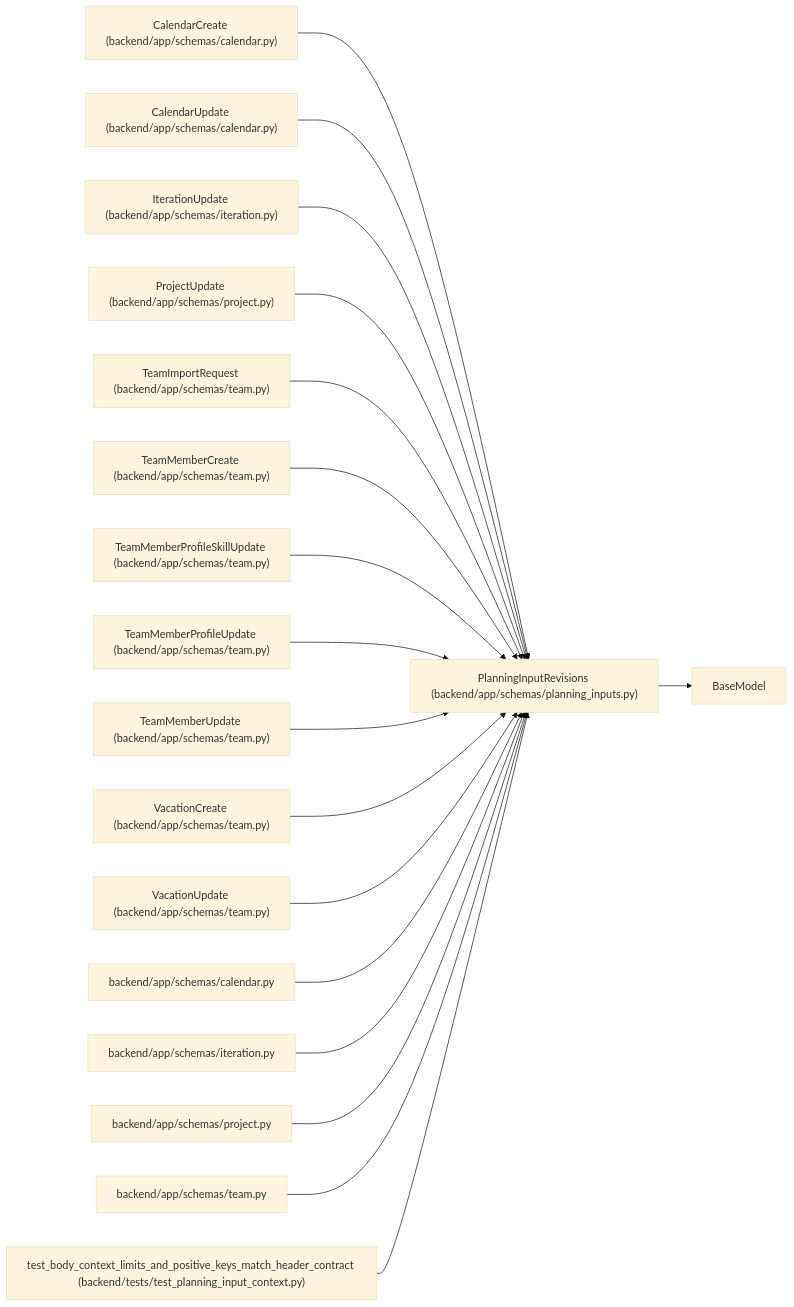
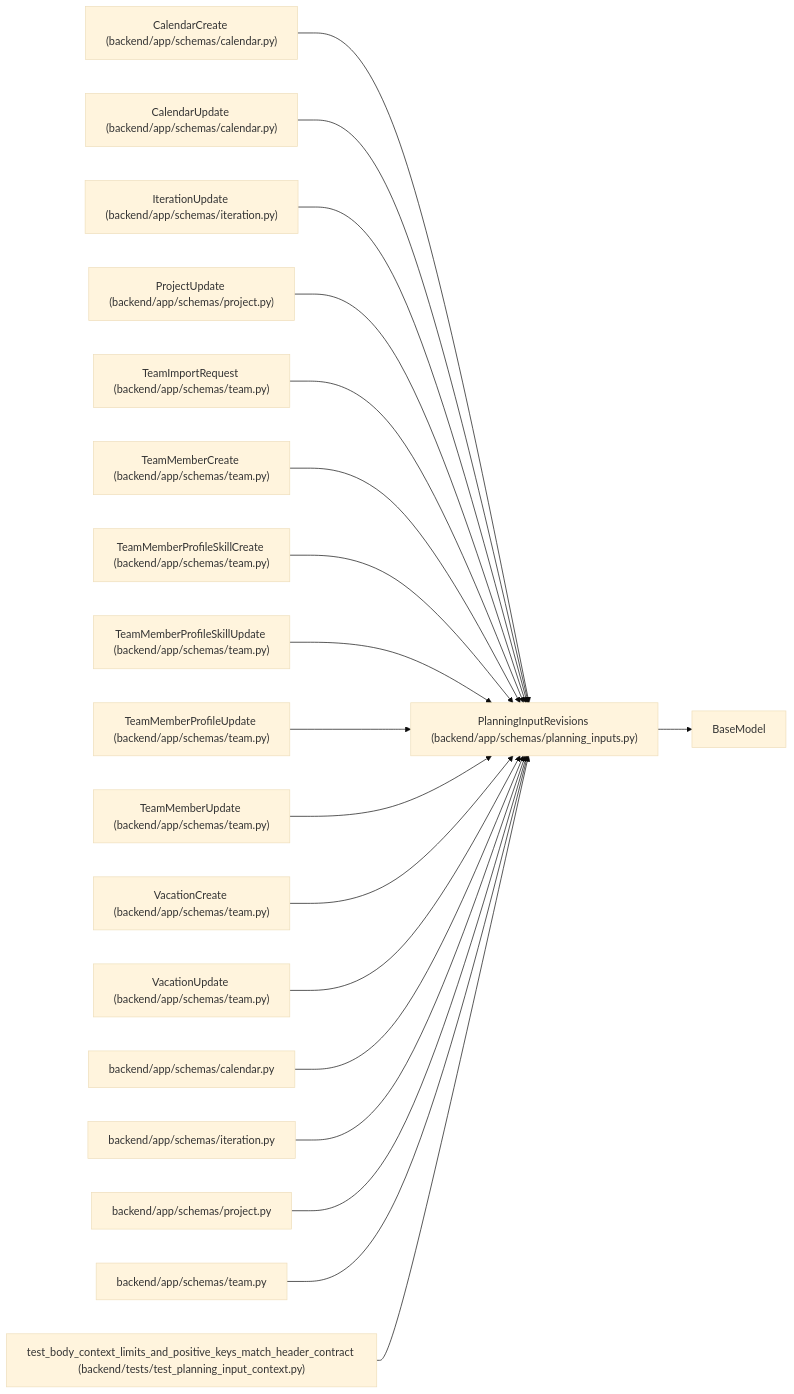
Before and after one commit to Denissvgn/WorkChord: the diagram in docs/llm_wiki/entities/PlanningInputRevisions.md, drawn with Mermaid (base theme). The commit also changed other lines of this file and 512 other files, not shown here.

````diff
--- a/docs/llm_wiki/entities/PlanningInputRevisions.md
+++ b/docs/llm_wiki/entities/PlanningInputRevisions.md
@@ -25,55 +25,58 @@
 ```mermaid
 flowchart LR
     n0["PlanningInputRevisions (backend/app/schemas/planning_inputs.py)"]
     n1["BaseModel"]
     n2["CalendarCreate (backend/app/schemas/calendar.py)"]
     n3["CalendarUpdate (backend/app/schemas/calendar.py)"]
     n4["IterationUpdate (backend/app/schemas/iteration.py)"]
     n5["ProjectUpdate (backend/app/schemas/project.py)"]
     n6["TeamImportRequest (backend/app/schemas/team.py)"]
     n7["TeamMemberCreate (backend/app/schemas/team.py)"]
-    n8["TeamMemberProfileSkillUpdate (backend/app/schemas/team.py)"]
-    n9["TeamMemberProfileUpdate (backend/app/schemas/team.py)"]
-    n10["TeamMemberUpdate (backend/app/schemas/team.py)"]
-    n11["VacationCreate (backend/app/schemas/team.py)"]
-    n12["VacationUpdate (backend/app/schemas/team.py)"]
-    n13["backend/app/schemas/calendar.py"]
-    n14["backend/app/schemas/iteration.py"]
-    n15["backend/app/schemas/project.py"]
-    n16["backend/app/schemas/team.py"]
-    n17["test_body_context_limits_and_positive_keys_match_header_contract (backend/tests/test_planning_input_context.py)"]
+    n8["TeamMemberProfileSkillCreate (backend/app/schemas/team.py)"]
+    n9["TeamMemberProfileSkillUpdate (backend/app/schemas/team.py)"]
+    n10["TeamMemberProfileUpdate (backend/app/schemas/team.py)"]
+    n11["TeamMemberUpdate (backend/app/schemas/team.py)"]
+    n12["VacationCreate (backend/app/schemas/team.py)"]
+    n13["VacationUpdate (backend/app/schemas/team.py)"]
+    n14["backend/app/schemas/calendar.py"]
+    n15["backend/app/schemas/iteration.py"]
+    n16["backend/app/schemas/project.py"]
+    n17["backend/app/schemas/team.py"]
+    n18["test_body_context_limits_and_positive_keys_match_header_contract (backend/tests/test_planning_input_context.py)"]
     n0 --> n1
     n2 --> n0
     n3 --> n0
     n4 --> n0
     n5 --> n0
     n6 --> n0
     n7 --> n0
     n8 --> n0
     n9 --> n0
     n10 --> n0
     n11 --> n0
     n12 --> n0
     n13 --> n0
     n14 --> n0
     n15 --> n0
     n16 --> n0
     n17 --> n0
+    n18 --> n0
     click n0 "../modules/planning_inputs.md"
     click n2 "../modules/schemas_calendar.md"
     click n3 "../modules/schemas_calendar.md"
     click n4 "../modules/schemas_iteration.md"
     click n5 "../modules/schemas_project.md"
     click n6 "../modules/schemas_team.md"
     click n7 "../modules/schemas_team.md"
     click n8 "../modules/schemas_team.md"
     click n9 "../modules/schemas_team.md"
     click n10 "../modules/schemas_team.md"
     click n11 "../modules/schemas_team.md"
     click n12 "../modules/schemas_team.md"
-    click n13 "../modules/schemas_calendar.md"
-    click n14 "../modules/schemas_iteration.md"
-    click n15 "../modules/schemas_project.md"
-    click n16 "../modules/schemas_team.md"
-    click n17 "../modules/test_planning_input_context.md"
+    click n13 "../modules/schemas_team.md"
+    click n14 "../modules/schemas_calendar.md"
+    click n15 "../modules/schemas_iteration.md"
+    click n16 "../modules/schemas_project.md"
+    click n17 "../modules/schemas_team.md"
+    click n18 "../modules/test_planning_input_context.md"
 ```
````
